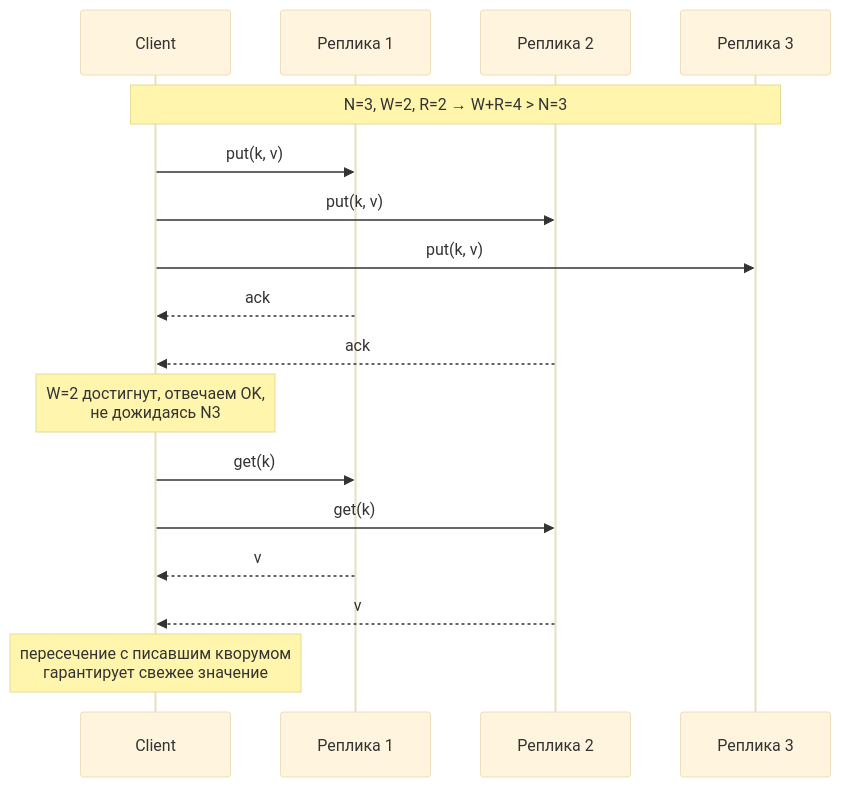
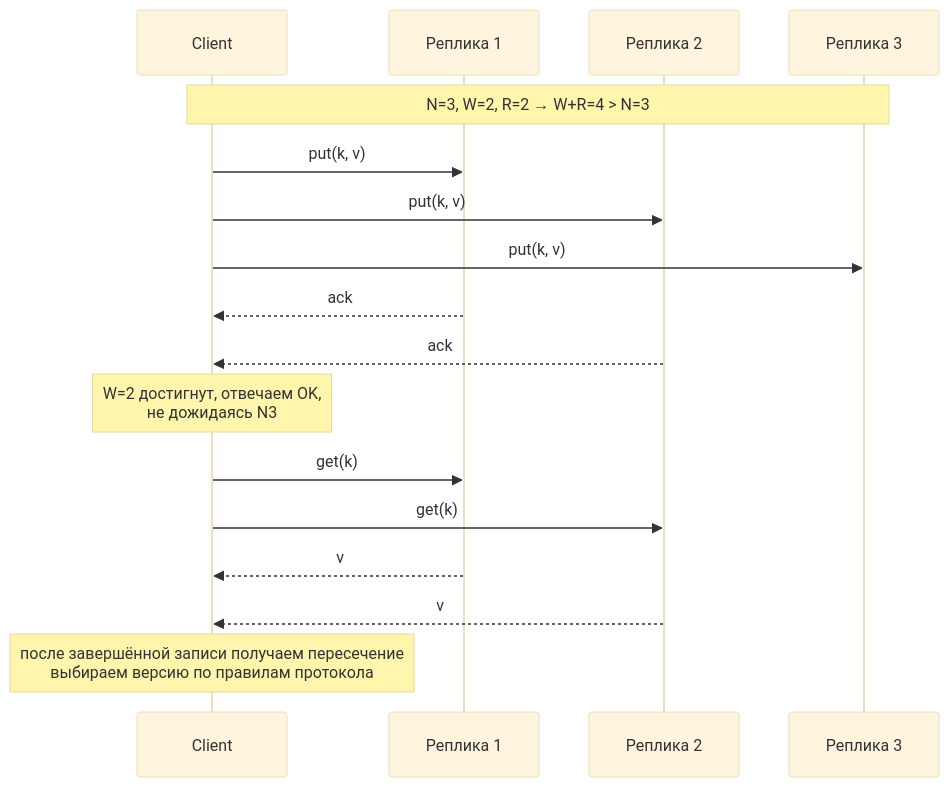
The fourth of 4 diagrams in 01-building-blocks/cap-and-consistency.md (AlohaJava/system-design-interview-chamkin), drawn with Mermaid (base theme) before and after one commit. The commit also changed other lines of this file and 49 other files, not shown here.

````diff
--- a/01-building-blocks/cap-and-consistency.md
+++ b/01-building-blocks/cap-and-consistency.md
@@ -281,19 +267,19 @@
 ```mermaid
 sequenceDiagram
     participant C as Client
     participant N1 as Реплика 1
     participant N2 as Реплика 2
     participant N3 as Реплика 3
     Note over C,N3: N=3, W=2, R=2 → W+R=4 > N=3
     C->>N1: put(k, v)
     C->>N2: put(k, v)
     C->>N3: put(k, v)
     N1-->>C: ack
     N2-->>C: ack
     Note over C: W=2 достигнут, отвечаем OK,<br/>не дожидаясь N3
     C->>N1: get(k)
     C->>N2: get(k)
     N1-->>C: v
     N2-->>C: v
-    Note over C: пересечение с писавшим кворумом<br/>гарантирует свежее значение
+    Note over C: после завершённой записи получаем пересечение<br/>выбираем версию по правилам протокола
 ```
````
